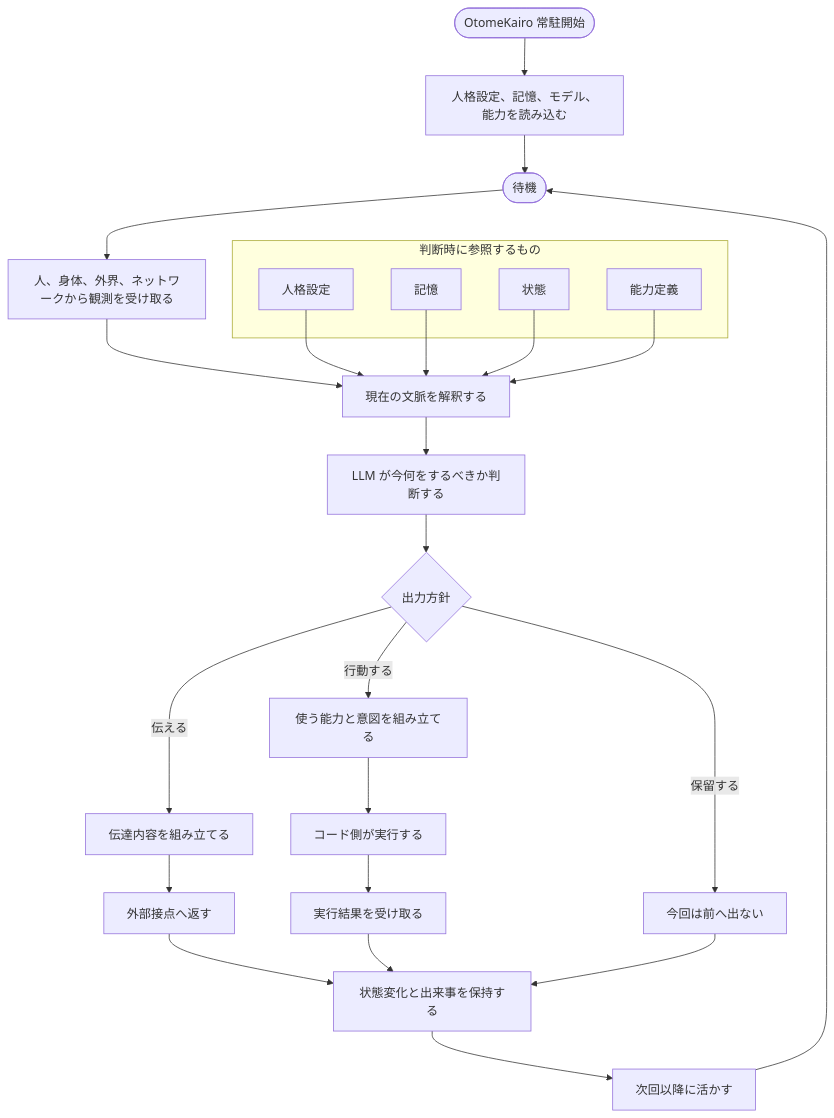
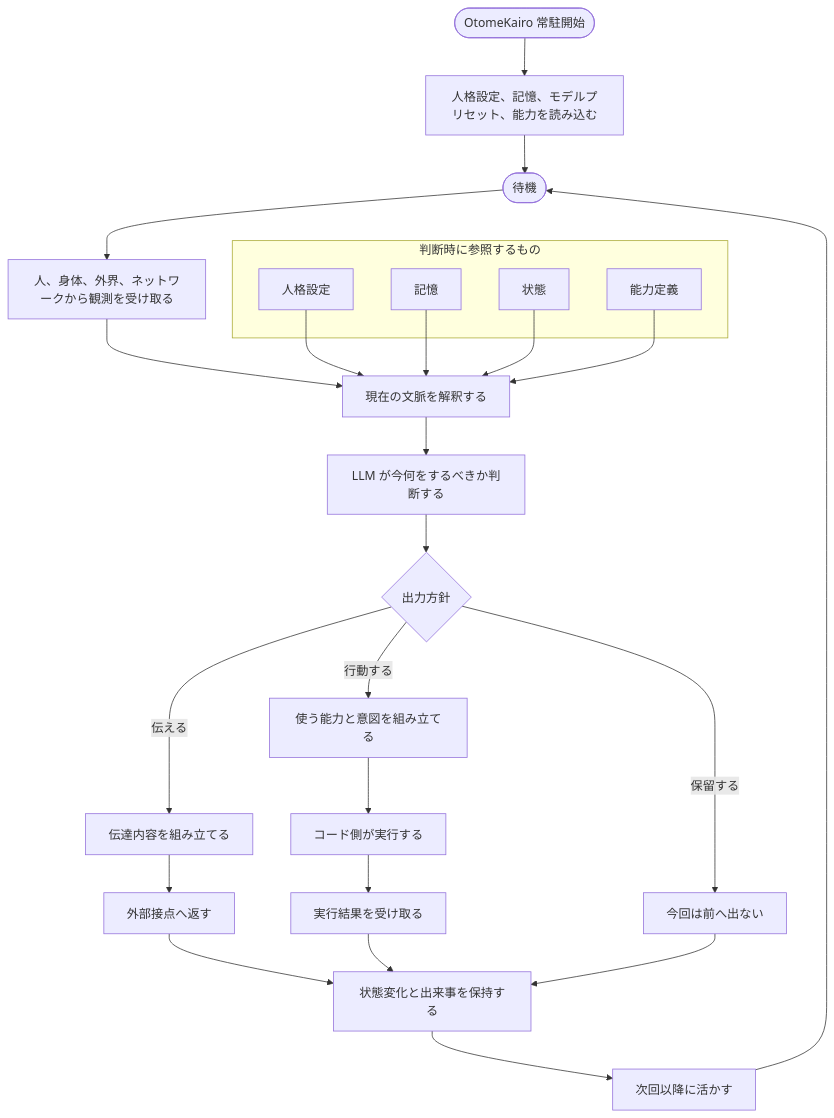
One commit to hirona98/OtomeKairo changed the diagram in docs/design/03_アーキテクチャ.md. Above: the diagram before and after it, drawn with Mermaid. The commit also changed other lines of this file and 26 other files, not shown here.

````diff
--- a/docs/design/03_アーキテクチャ.md
+++ b/docs/design/03_アーキテクチャ.md
@@ -47,47 +47,47 @@
 ```mermaid
 flowchart TD
     Start([OtomeKairo 常駐開始])
-    Load[人格設定、記憶、モデル、能力を読み込む]
+    Load[人格設定、記憶、モデルプリセット、能力を読み込む]
     Wait([待機])
     Observe[人、身体、外界、ネットワークから観測を受け取る]
     Build[現在の文脈を解釈する]
     Decide["LLM が今何をするべきか判断する"]
     Branch{出力方針}
     Communicate[伝達内容を組み立てる]
     Plan[使う能力と意図を組み立てる]
     Execute[コード側が実行する]
     Hold[今回は前へ出ない]
     Return[外部接点へ返す]
     Result[実行結果を受け取る]
     Store[状態変化と出来事を保持する]
     Next[次回以降に活かす]
 
     subgraph Ref["判断時に参照するもの"]
         Persona[人格設定]
         Memory[記憶]
         State[状態]
         Capability[能力定義]
     end
 
     Start --> Load
     Load --> Wait
     Wait --> Observe
     Observe --> Build
     Persona --> Build
     Memory --> Build
     State --> Build
     Capability --> Build
     Build --> Decide
     Decide --> Branch
     Branch -->|伝える| Communicate
     Branch -->|行動する| Plan
     Branch -->|保留する| Hold
     Communicate --> Return
     Plan --> Execute
     Execute --> Result
     Return --> Store
     Result --> Store
     Hold --> Store
     Store --> Next
     Next --> Wait
 ```
````
